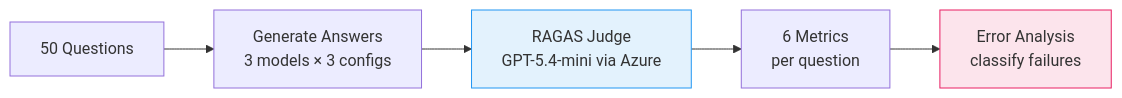
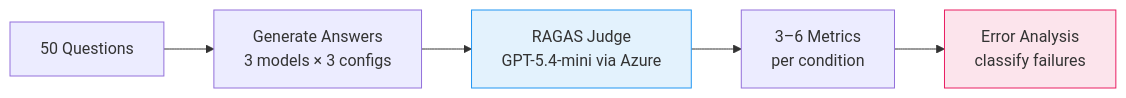
Before and after one commit to anant-j/AeroQuery: the second of 4 diagrams in README.md, drawn with Mermaid. The commit also changed other lines of this file and 7 other files, not shown here.

````diff
--- a/README.md
+++ b/README.md
@@ -20,10 +20,10 @@
 ```mermaid
 flowchart LR
     A["50 Questions"] --> B["Generate Answers\n3 models × 3 configs"]
     B --> C["RAGAS Judge\nGPT-5.4-mini via Azure"]
-    C --> D["6 Metrics\nper question"]
+    C --> D["3–6 Metrics\nper condition"]
     D --> E["Error Analysis\nclassify failures"]
 
     style C fill:#e3f2fd,stroke:#2196f3
     style E fill:#fce4ec,stroke:#e91e63
 ```
````
